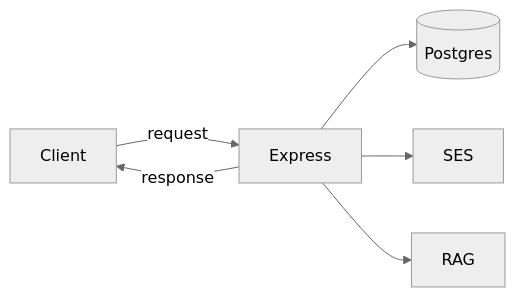
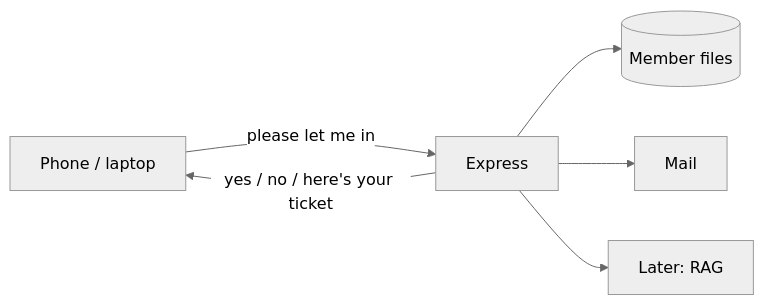
One commit to sreecharan-desu/hackx-slides changed the diagram in content/tracks/backend-from-zero/lessons/02-backend-like-youre-5.md. Above: the diagram before and after it, drawn with Mermaid (neutral theme). The commit also changed other lines of this file and 35 other files, not shown here.

````diff
--- a/content/tracks/backend-from-zero/lessons/02-backend-like-youre-5.md
+++ b/content/tracks/backend-from-zero/lessons/02-backend-like-youre-5.md
@@ -10,8 +12,8 @@
 ```mermaid
 flowchart LR
-  C[Client] -->|request| E[Express]
-  E --> D[(Postgres)]
-  E --> S[SES]
-  E --> R[RAG]
-  E -->|response| C
+  C[Phone / laptop] -->|please let me in| E[Express]
+  E --> D[(Member files)]
+  E --> S[Mail]
+  E --> R[Later: RAG]
+  E -->|yes / no / here's your ticket| C
 ```
````
